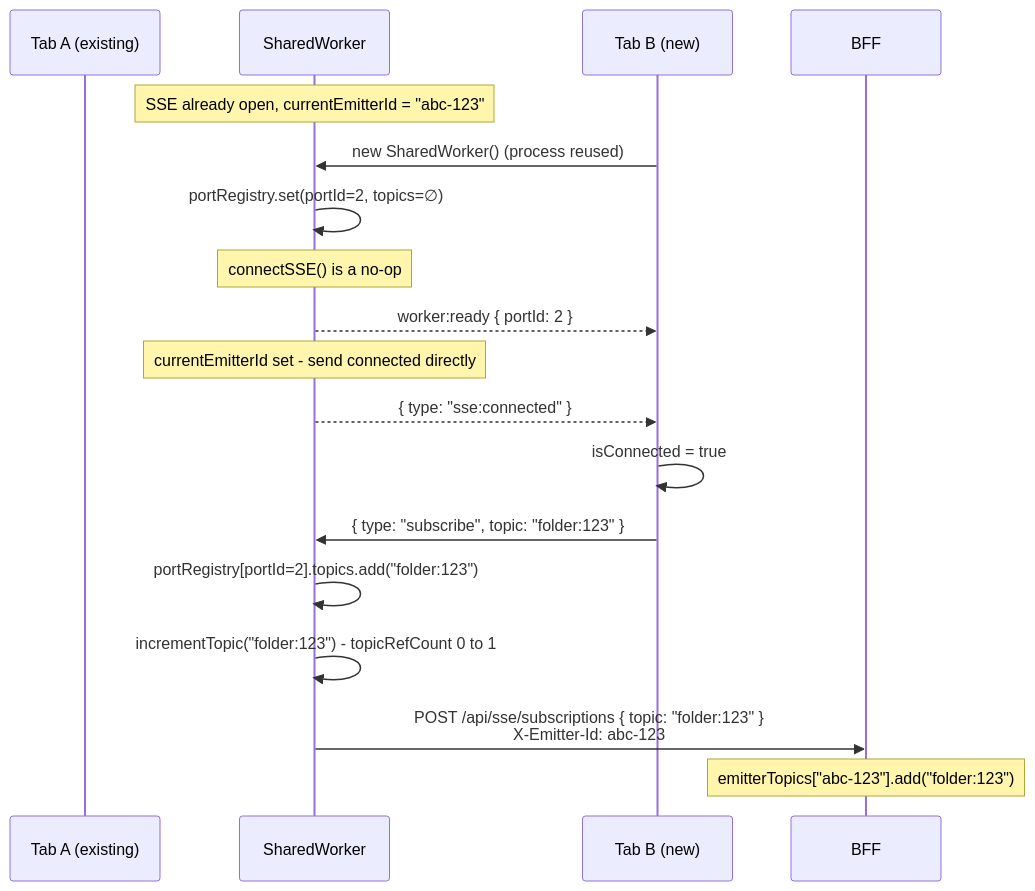
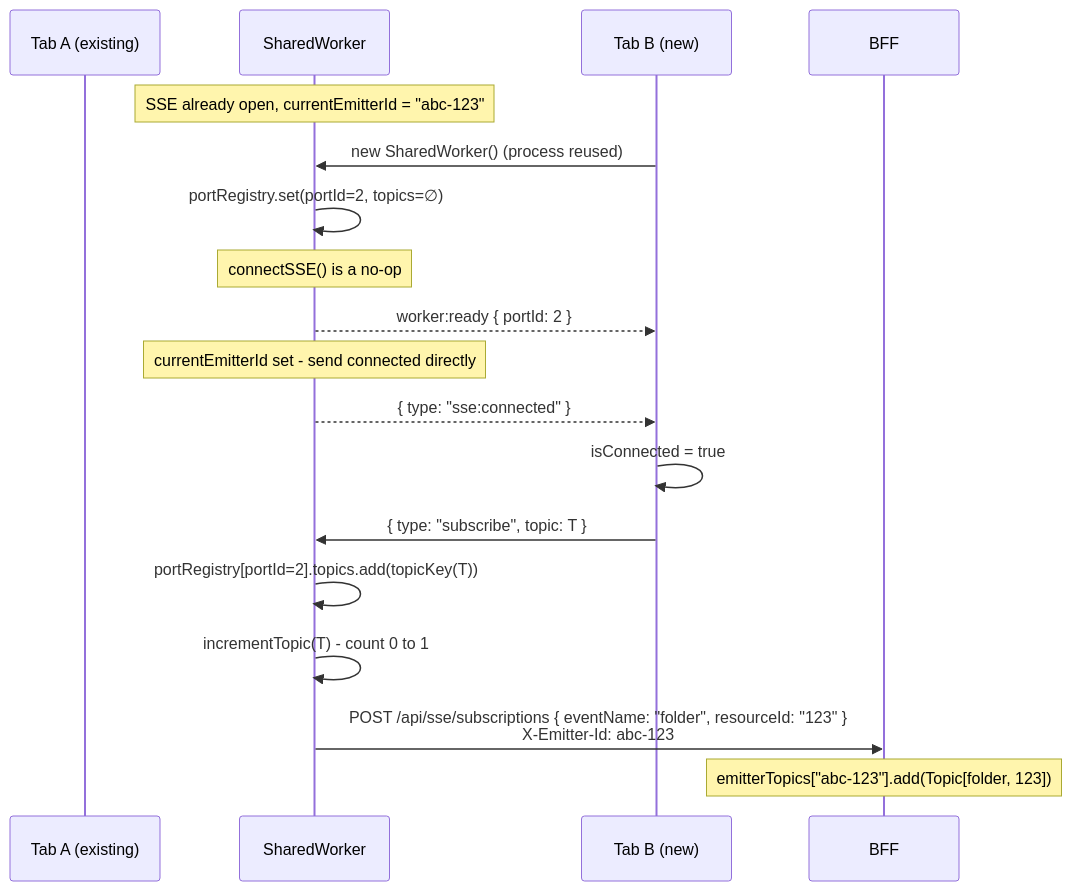
Before and after one commit to iarroyo/sse-demo: the second of 7 diagrams in SSE-DIAGRAMS.md, drawn with Mermaid. The commit also changed other lines of this file and 3 other files, not shown here.

First line of the commit message:
docs: correct README and SSE architecture docs

````diff
--- a/SSE-DIAGRAMS.md
+++ b/SSE-DIAGRAMS.md
@@ -42,23 +45,23 @@
 ```mermaid
 sequenceDiagram
     participant TabA as Tab A (existing)
     participant Worker as SharedWorker
     participant TabB as Tab B (new)
     participant Server as BFF
 
     Note over Worker: SSE already open, currentEmitterId = "abc-123"
 
     TabB->>Worker: new SharedWorker() (process reused)
     Worker->>Worker: portRegistry.set(portId=2, topics=∅)
     Note over Worker: connectSSE() is a no-op
     Worker-->>TabB: worker:ready { portId: 2 }
     Note over Worker: currentEmitterId set - send connected directly
     Worker-->>TabB: { type: "sse:connected" }
     TabB->>TabB: isConnected = true
 
-    TabB->>Worker: { type: "subscribe", topic: "folder:123" }
-    Worker->>Worker: portRegistry[portId=2].topics.add("folder:123")
-    Worker->>Worker: incrementTopic("folder:123") - topicRefCount 0 to 1
-    Worker->>Server: POST /api/sse/subscriptions { topic: "folder:123" }<br/>X-Emitter-Id: abc-123
-    Note over Server: emitterTopics["abc-123"].add("folder:123")
+    TabB->>Worker: { type: "subscribe", topic: T }
+    Worker->>Worker: portRegistry[portId=2].topics.add(topicKey(T))
+    Worker->>Worker: incrementTopic(T) - count 0 to 1
+    Worker->>Server: POST /api/sse/subscriptions { eventName: "folder", resourceId: "123" }<br/>X-Emitter-Id: abc-123
+    Note over Server: emitterTopics["abc-123"].add(Topic[folder, 123])
 ```
````
